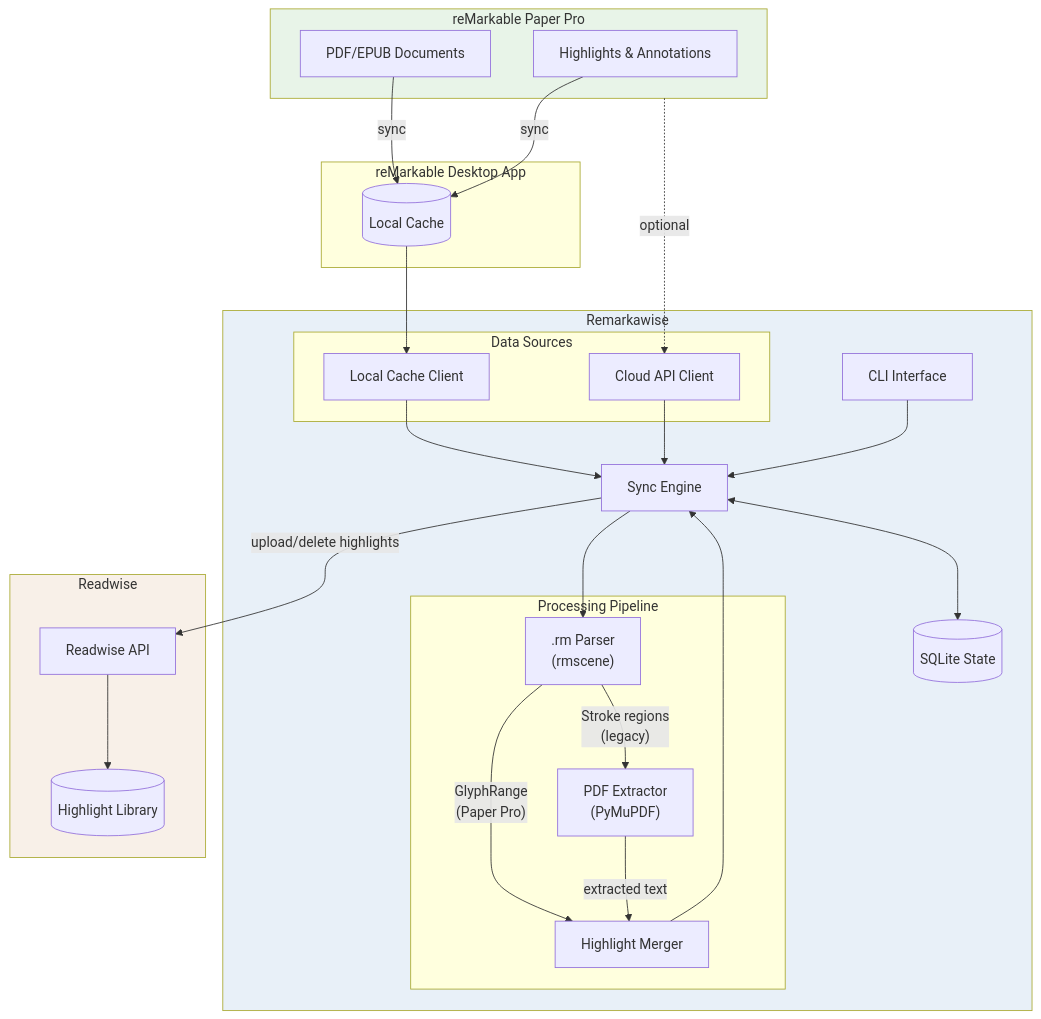
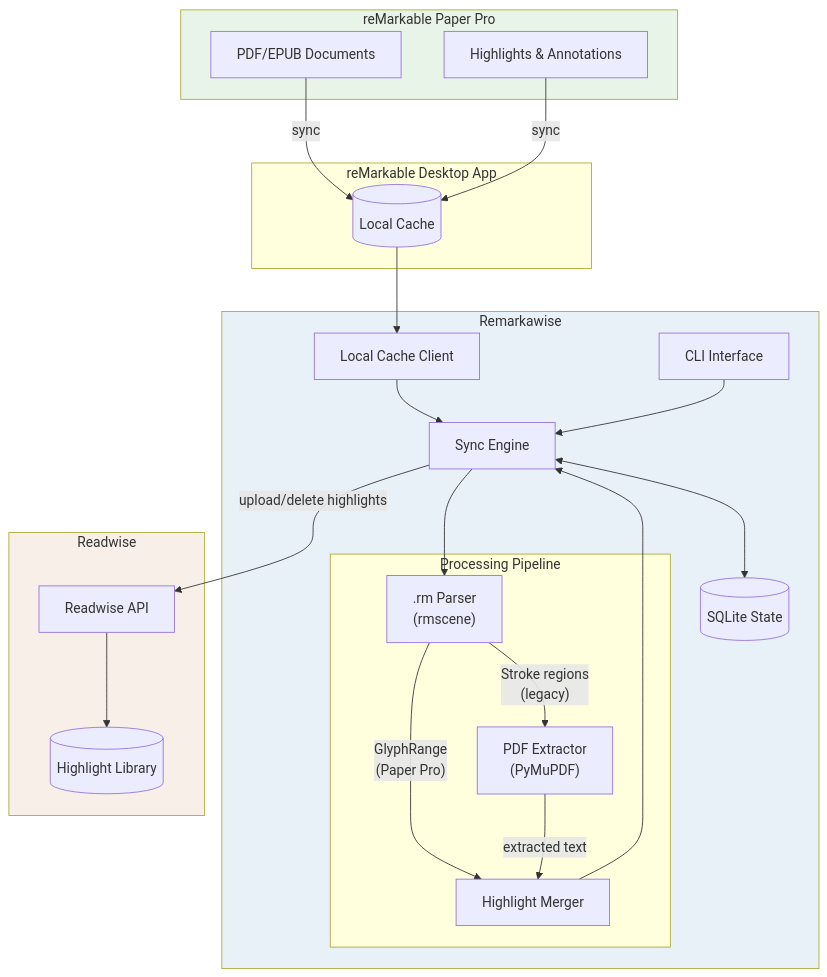
The first of 2 diagrams in README.md (pmary/Remarkawise), drawn with Mermaid before and after one commit. The commit also changed other lines of this file and 5 other files, not shown here.

First line of the commit message:
Remove cloud data source, keep only local cache

````diff
--- a/README.md
+++ b/README.md
@@ -202,59 +173,52 @@
 ```mermaid
 flowchart TB
     subgraph reMarkable["reMarkable Paper Pro"]
         RM_DOC[PDF/EPUB Documents]
         RM_HL[Highlights & Annotations]
     end
 
     subgraph Desktop["reMarkable Desktop App"]
         CACHE[(Local Cache)]
     end
 
     subgraph Remarkawise["Remarkawise"]
         CLI[CLI Interface]
-
-        subgraph Sources["Data Sources"]
-            LOCAL[Local Cache Client]
-            CLOUD[Cloud API Client]
-        end
+        LOCAL[Local Cache Client]
 
         subgraph Processing["Processing Pipeline"]
             PARSER[".rm Parser<br/>(rmscene)"]
             PDF_EXT["PDF Extractor<br/>(PyMuPDF)"]
             MERGE[Highlight Merger]
         end
 
         ENGINE[Sync Engine]
         STATE[(SQLite State)]
     end
 
     subgraph Readwise["Readwise"]
         RW_API[Readwise API]
         RW_LIB[(Highlight Library)]
     end
 
     RM_DOC --> |sync| CACHE
     RM_HL --> |sync| CACHE
 
     CACHE --> LOCAL
-    reMarkable -.-> |optional| CLOUD
-
     LOCAL --> ENGINE
-    CLOUD --> ENGINE
 
     ENGINE --> PARSER
     PARSER --> |"GlyphRange<br/>(Paper Pro)"| MERGE
     PARSER --> |"Stroke regions<br/>(legacy)"| PDF_EXT
     PDF_EXT --> |extracted text| MERGE
     MERGE --> ENGINE
 
     ENGINE <--> STATE
     ENGINE --> |upload/delete highlights| RW_API
     RW_API --> RW_LIB
 
     CLI --> ENGINE
 
     style reMarkable fill:#e8f4e8
     style Remarkawise fill:#e8f0f8
     style Readwise fill:#f8f0e8
 ```
````
